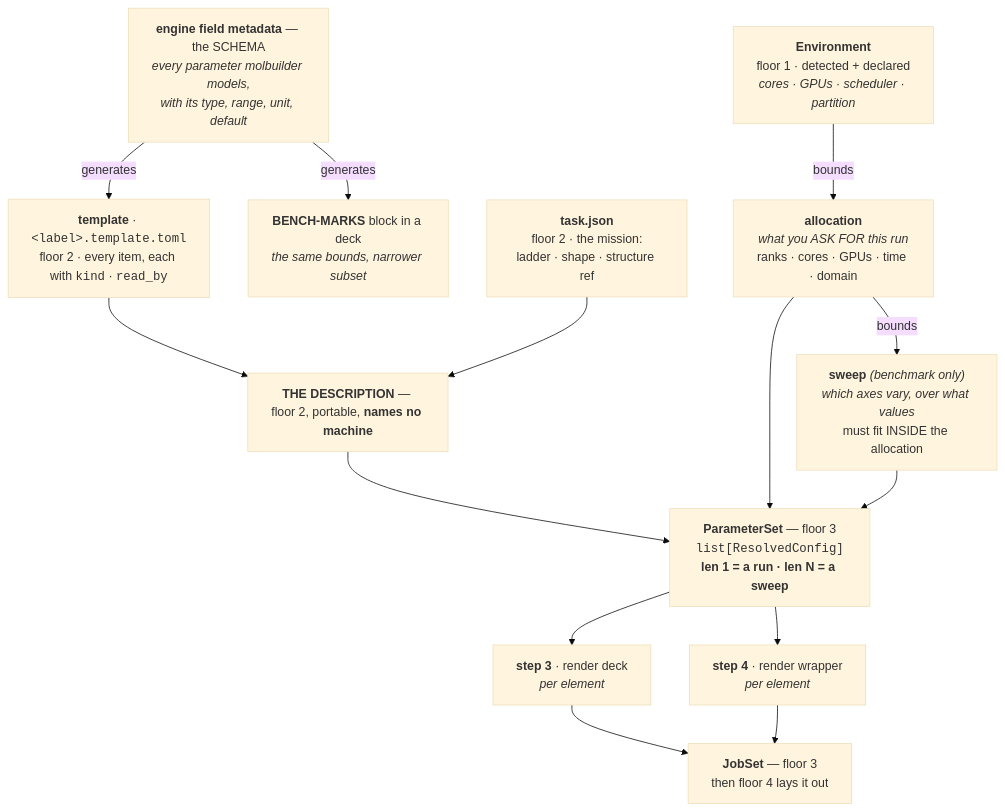
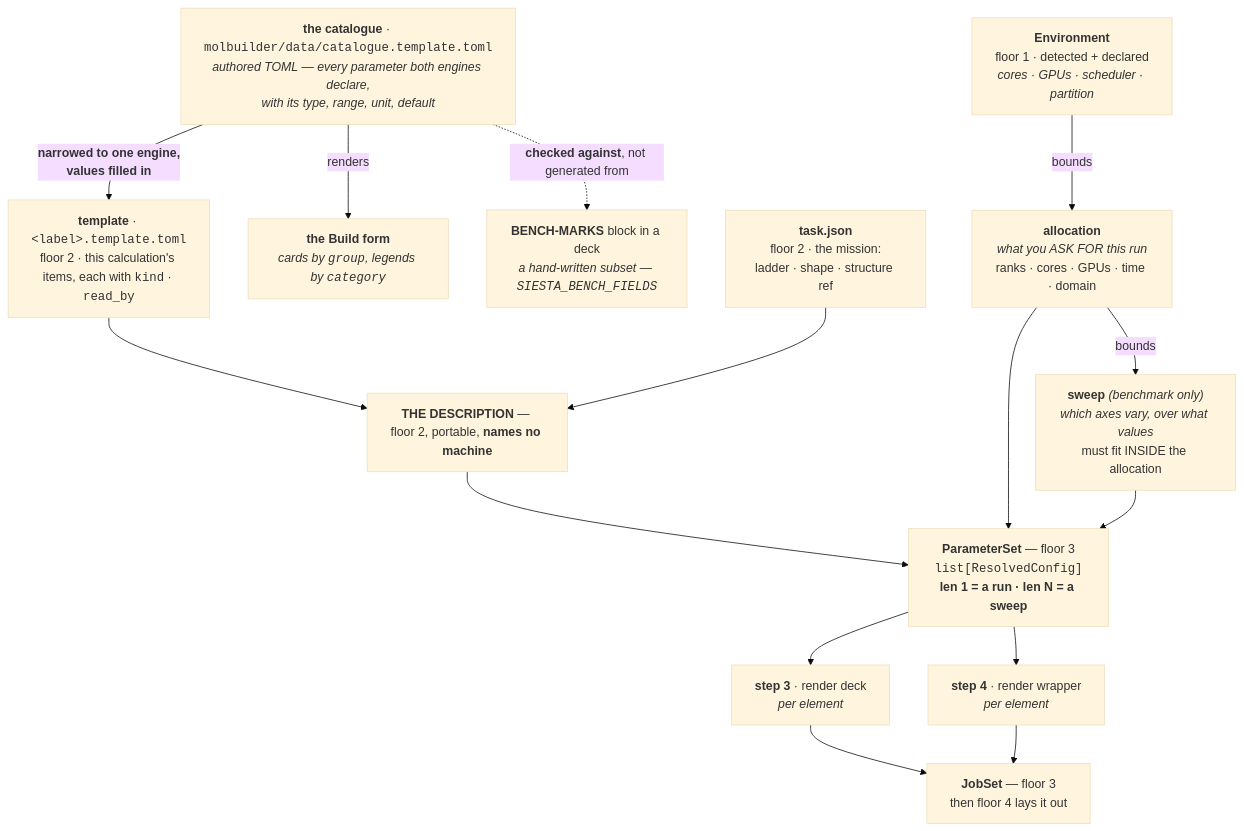
Before and after one commit to Qing-LAB/molbuilder: the first of 3 diagrams in docs/execution/generator.md, drawn with Mermaid (base theme). The commit also changed other lines of this file, not shown here.

````diff
--- a/docs/execution/generator.md
+++ b/docs/execution/generator.md
@@ -87,30 +87,31 @@
 ```mermaid
 flowchart TB
-    S["<b>engine field metadata</b> — the SCHEMA<br/><i>every parameter molbuilder models,<br/>with its type, range, unit, default</i>"]
+    S["<b>the catalogue</b> · <code>molbuilder/data/catalogue.template.toml</code><br/><i>authored TOML — every parameter both engines declare,<br/>with its type, range, unit, default</i>"]
 
-    S -->|generates| T["<b>template</b> · <code>&lt;label&gt;.template.toml</code><br/>floor 2 · every item, each with <code>kind</code> · <code>read_by</code>"]
-    S -->|generates| BM["<b>BENCH-MARKS</b> block in a deck<br/><i>the same bounds, narrower subset</i>"]
+    S -->|"<b>narrowed to one engine,<br/>values filled in</b>"| T["<b>template</b> · <code>&lt;label&gt;.template.toml</code><br/>floor 2 · this calculation's items, each with <code>kind</code> · <code>read_by</code>"]
+    S -->|"renders"| UIF["<b>the Build form</b><br/><i>cards by <code>group</code>, legends by <code>category</code></i>"]
+    S -.->|"<b>checked against</b>, not generated from"| BM["<b>BENCH-MARKS</b> block in a deck<br/><i>a hand-written subset — <code>SIESTA_BENCH_FIELDS</code></i>"]
 
     T --> D
     TK["<b>task.json</b><br/>floor 2 · the mission:<br/>ladder · shape · structure ref"] --> D
 
     D["<b>THE DESCRIPTION</b> — floor 2, portable, <b>names no machine</b>"]
 
     E["<b>Environment</b><br/>floor 1 · detected + declared<br/><i>cores · GPUs · scheduler · partition</i>"]
     AL["<b>allocation</b><br/><i>what you ASK FOR this run</i><br/>ranks · cores · GPUs · time · domain"]
     SW["<b>sweep</b> <i>(benchmark only)</i><br/><i>which axes vary, over what values</i><br/>must fit INSIDE the allocation"]
 
     E -->|"bounds"| AL
     AL -->|"bounds"| SW
 
     D --> R
     AL --> R
     SW --> R
 
     R["<b>ParameterSet</b> — floor 3<br/><code>list[ResolvedConfig]</code><br/><b>len 1 = a run · len N = a sweep</b>"]
 
     R --> DECK["<b>step 3</b> · render deck<br/><i>per element</i>"]
     R --> WRAP["<b>step 4</b> · render wrapper<br/><i>per element</i>"]
     DECK --> JS["<b>JobSet</b> — floor 3<br/>then floor 4 lays it out"]
     WRAP --> JS
 ```
````
